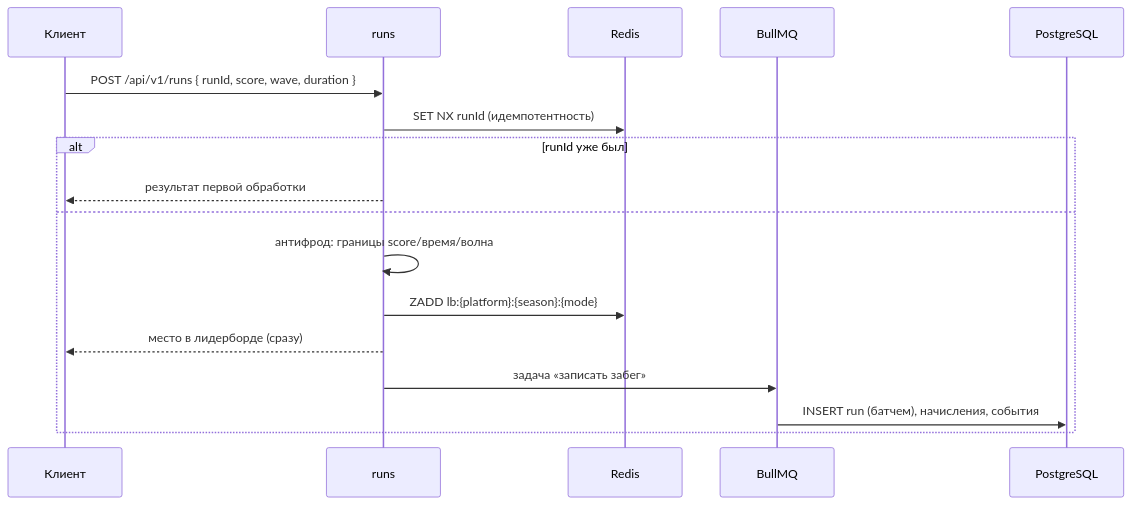
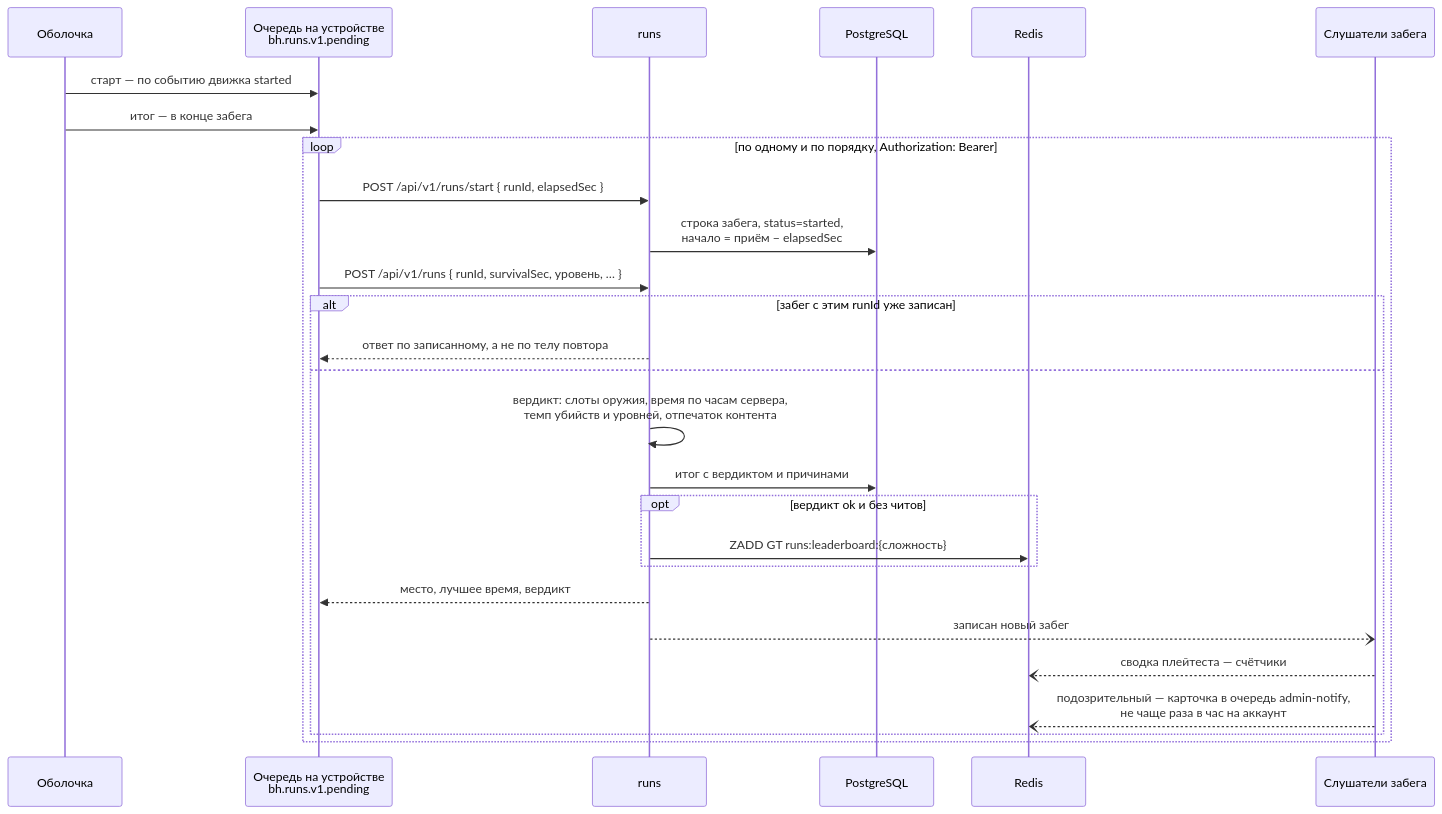
One commit to JJSGxKD/rubezh changed the ninth of 21 diagrams in docs/21-diagrams.md. Above: the diagram before and after it, drawn with Mermaid. The commit also changed other lines of this file and 4 other files, not shown here.

First line of the commit message:
docs: Описать приём забегов под аккаунтом на схемах и в плане

````diff
--- a/docs/21-diagrams.md
+++ b/docs/21-diagrams.md
@@ -762,20 +768,30 @@
 ```mermaid
 sequenceDiagram
-    participant C as Клиент
+    participant C as Оболочка
+    participant Q as Очередь на устройстве<br/>bh.runs.v1.pending
     participant RU as runs
+    participant DB as PostgreSQL
     participant R as Redis
-    participant Q as BullMQ
-    participant DB as PostgreSQL
+    participant H as Слушатели забега
 
-    C->>RU: POST /api/v1/runs { runId, score, wave, duration }
-    RU->>R: SET NX runId (идемпотентность)
-    alt runId уже был
-        RU-->>C: результат первой обработки
-    else
-        RU->>RU: антифрод: границы score/время/волна
-        RU->>R: ZADD lb:{platform}:{season}:{mode}
-        RU-->>C: место в лидерборде (сразу)
-        RU->>Q: задача «записать забег»
-        Q->>DB: INSERT run (батчем), начисления, события
+    C->>Q: старт — по событию движка started
+    C->>Q: итог — в конце забега
+    loop по одному и по порядку, Authorization: Bearer
+        Q->>RU: POST /api/v1/runs/start { runId, elapsedSec }
+        RU->>DB: строка забега, status=started,<br/>начало = приём − elapsedSec
+        Q->>RU: POST /api/v1/runs { runId, survivalSec, уровень, … }
+        alt забег с этим runId уже записан
+            RU-->>Q: ответ по записанному, а не по телу повтора
+        else
+            RU->>RU: вердикт: слоты оружия, время по часам сервера,<br/>темп убийств и уровней, отпечаток контента
+            RU->>DB: итог с вердиктом и причинами
+            opt вердикт ok и без читов
+                RU->>R: ZADD GT runs:leaderboard:{сложность}
+            end
+            RU-->>Q: место, лучшее время, вердикт
+            RU--)H: записан новый забег
+            H--)R: сводка плейтеста — счётчики
+            H--)R: подозрительный — карточка в очередь admin-notify,<br/>не чаще раза в час на аккаунт
+        end
     end
 ```
````
